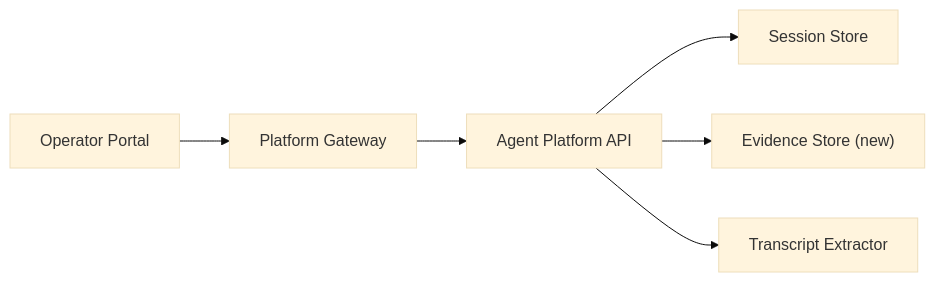
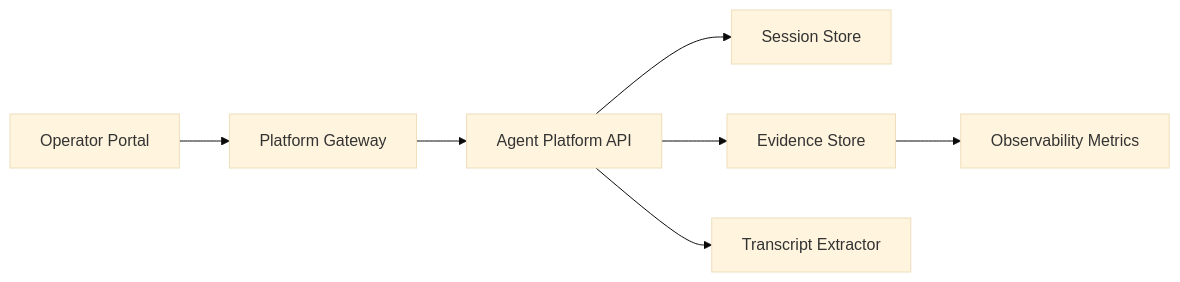
Before and after one commit to metasync/luban-aiops: the eighth of 8 diagrams in .qoder/repowiki/en/content/Architecture Documentation/SPEC-025_ Evidence Persistence in Transcripts.md, drawn with Mermaid (base theme). The commit also changed other lines of this file and 26 other files, not shown here.

````diff
--- a/.qoder/repowiki/en/content/Architecture Documentation/SPEC-025_ Evidence Persistence in Transcripts.md
+++ b/.qoder/repowiki/en/content/Architecture Documentation/SPEC-025_ Evidence Persistence in Transcripts.md
@@ -278,8 +280,9 @@
 ```mermaid
 graph LR
 Portal["Operator Portal"] --> Gateway["Platform Gateway"]
 Gateway --> AgentAPI["Agent Platform API"]
 AgentAPI --> Store["Session Store"]
-AgentAPI --> Evidence["Evidence Store (new)"]
+AgentAPI --> Evidence["Evidence Store"]
 AgentAPI --> Transcript["Transcript Extractor"]
+Evidence --> Metrics["Observability Metrics"]
 ```
````
